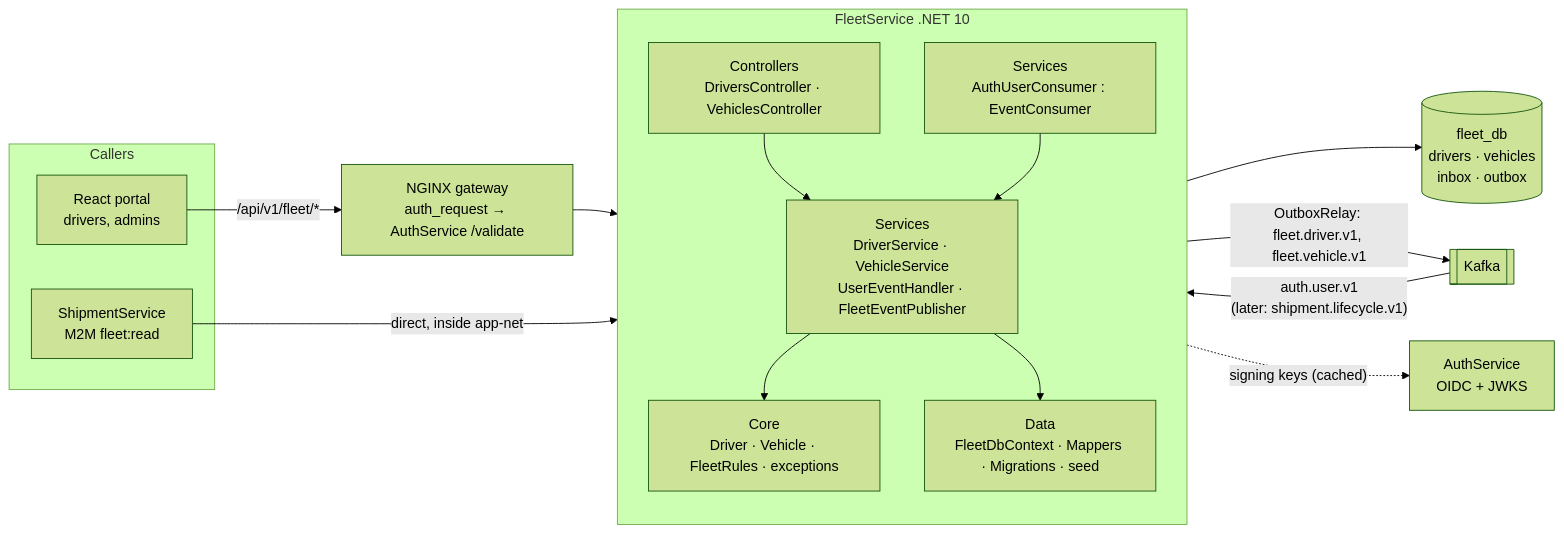
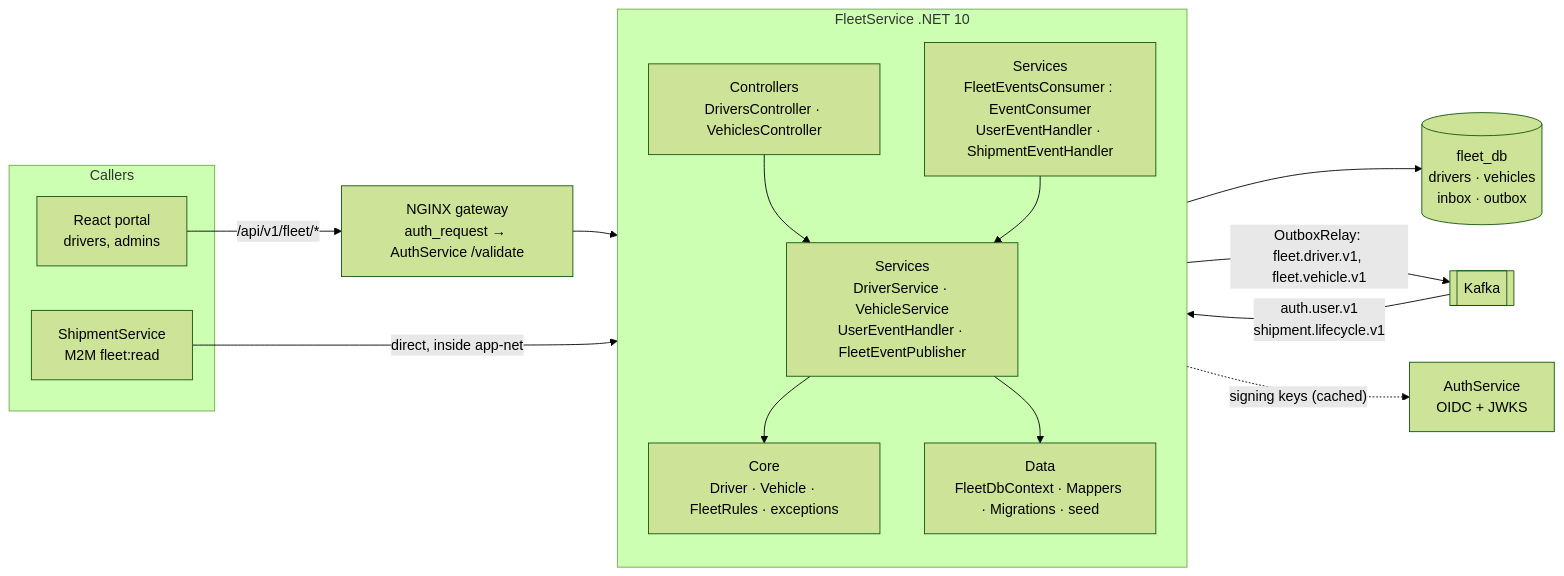
One commit to RyanAmmarKhodja/last-mile changed the first of 2 diagrams in documents/FleetService/FleetService.md. Above: the diagram before and after it, drawn with Mermaid (forest theme). The commit also changed other lines of this file and 107 other files, not shown here.

````diff
--- a/documents/FleetService/FleetService.md
+++ b/documents/FleetService/FleetService.md
@@ -61,29 +61,29 @@
 ```mermaid
 flowchart LR
     subgraph Callers
         Portal[React portal<br/>drivers, admins]
         Ship[ShipmentService<br/>M2M fleet:read]
     end
     NGINX[NGINX gateway<br/>auth_request → AuthService /validate]
     subgraph FS[FleetService .NET 10]
         direction TB
         C[Controllers<br/>DriversController · VehiclesController]
         S[Services<br/>DriverService · VehicleService<br/>UserEventHandler · FleetEventPublisher]
-        K[Services<br/>AuthUserConsumer : EventConsumer]
+        K[Services<br/>FleetEventsConsumer : EventConsumer<br/>UserEventHandler · ShipmentEventHandler]
         CORE[Core<br/>Driver · Vehicle · FleetRules · exceptions]
         D[Data<br/>FleetDbContext · Mappers · Migrations · seed]
         C --> S --> CORE
         K --> S
         S --> D
     end
     DB[(fleet_db<br/>drivers · vehicles<br/>inbox · outbox)]
     KAFKA[[Kafka]]
     AUTH[AuthService<br/>OIDC + JWKS]
 
     Portal -- "/api/v1/fleet/*" --> NGINX --> C
     Ship -- "direct, inside app-net" --> C
     D --> DB
-    KAFKA -- "auth.user.v1<br/>(later: shipment.lifecycle.v1)" --> K
+    KAFKA -- "auth.user.v1<br/>shipment.lifecycle.v1" --> K
     D -- "OutboxRelay: fleet.driver.v1, fleet.vehicle.v1" --> KAFKA
     C -. "signing keys (cached)" .-> AUTH
 ```
````
